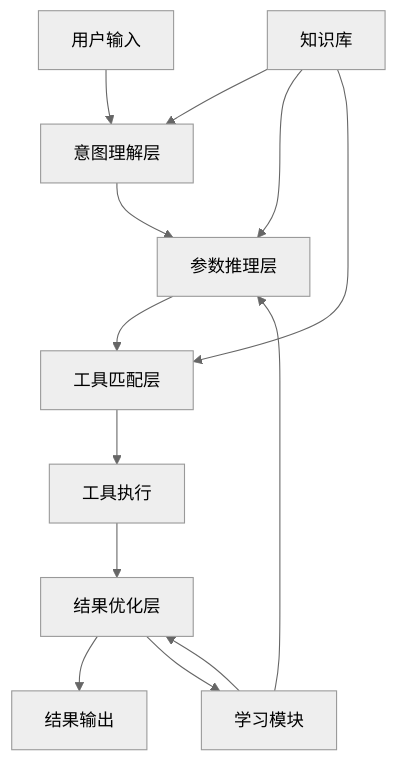
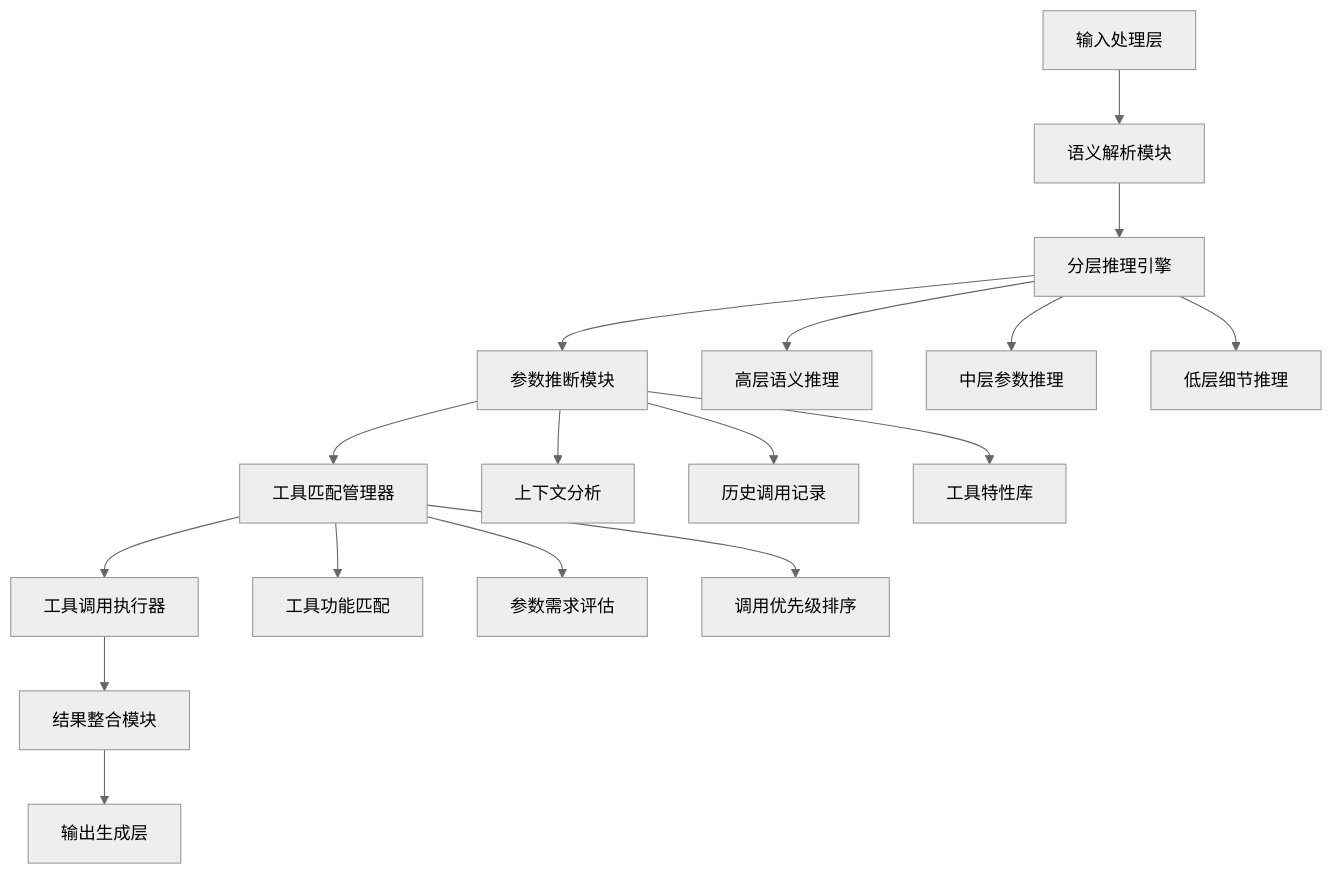
The diagram in output/progress/基于智能分层推理的多参数工具自适应调用系统_611f6779/03_summary.md (valkryhx/patent_agents), drawn with Mermaid (neutral theme) before and after one commit. The commit also changed other lines of this file and 10 other files, not shown here.

````diff
--- a/output/progress/基于智能分层推理的多参数工具自适应调用系统_611f6779/03_summary.md
+++ b/output/progress/基于智能分层推理的多参数工具自适应调用系统_611f6779/03_summary.md
@@ -49,18 +25,22 @@
 ```mermaid
 graph TD
-    A[用户输入] --> B[意图理解层]
-    B --> C[参数推理层]
-    C --> D[工具匹配层]
-    D --> E[工具执行]
-    E --> F[结果优化层]
-    F --> G[结果输出]
+    A[输入处理层] --> B[语义解析模块]
+    B --> C[分层推理引擎]
+    C --> D[参数推断模块]
+    D --> E[工具匹配管理器]
+    E --> F[工具调用执行器]
+    F --> G[结果整合模块]
+    G --> H[输出生成层]
     
-    H[知识库] --> B
-    H --> C
-    H --> D
+    C --> C1[高层语义推理]
+    C --> C2[中层参数推理]
+    C --> C3[低层细节推理]
     
-    I[学习模块] --> C
-    I --> F
+    D --> D1[上下文分析]
+    D --> D2[历史调用记录]
+    D --> D3[工具特性库]
     
-    F --> I
+    E --> E1[工具功能匹配]
+    E --> E2[参数需求评估]
+    E --> E3[调用优先级排序]
 ```
````
